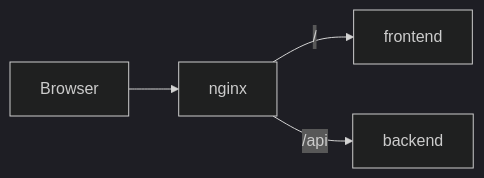
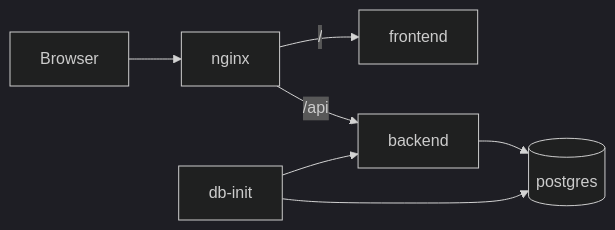
One commit to KroJIak/hypothesis-court changed the diagram in docs/architecture/06-Infrastructure.md. Above: the diagram before and after it, drawn with Mermaid (dark theme). The commit also changed other lines of this file and 13 other files, not shown here.

First line of the commit message:
Refactor architecture documentation: reorganize backend and database sections, enhance clarity and detail

````diff
--- a/docs/architecture/06-Infrastructure.md
+++ b/docs/architecture/06-Infrastructure.md
@@ -19,6 +21,9 @@
 ```mermaid
 flowchart LR
     B[Browser] --> N[nginx]
     N -->|/| F[frontend]
     N -->|/api| A[backend]
+    A --> P[(postgres)]
+    D[db-init] --> P
+    D --> A
 ```
````
